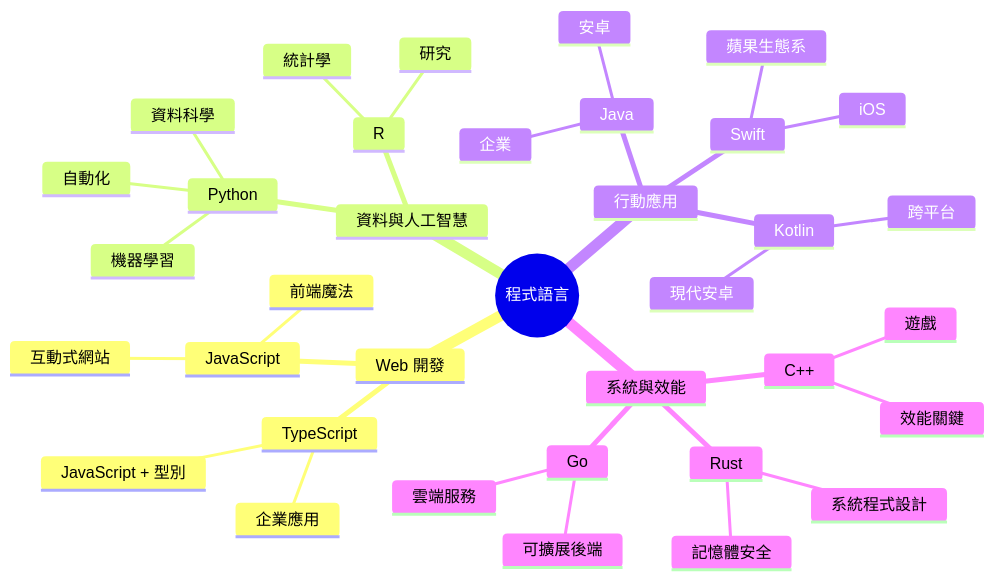
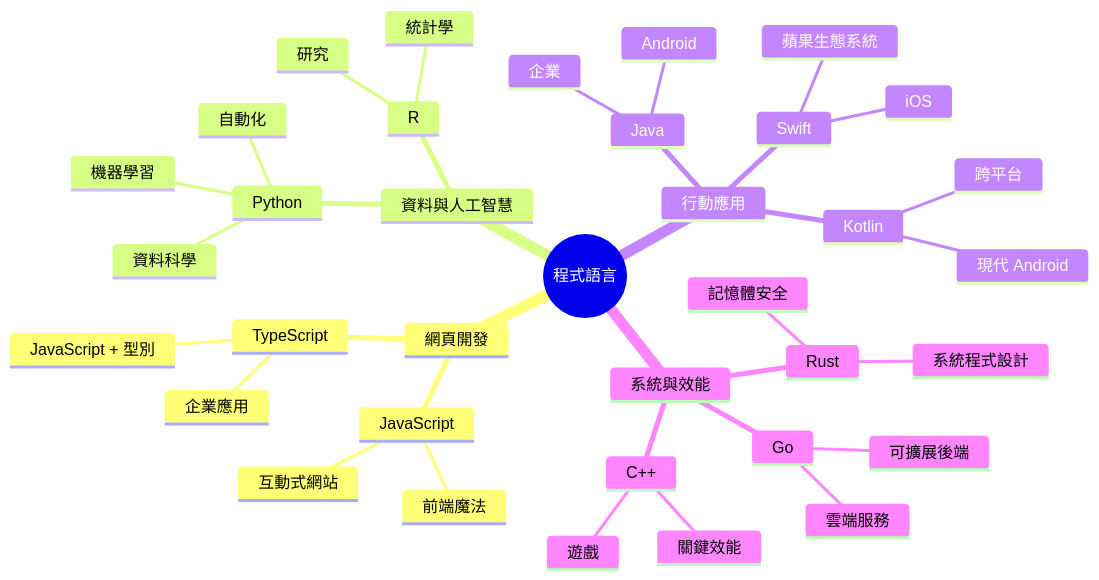
Before and after one commit to microsoft/Web-Dev-For-Beginners: the second of 7 diagrams in translations/zh-TW/1-getting-started-lessons/1-intro-to-programming-languages/README.md, drawn with Mermaid. The commit also changed other lines of this file and 8 other files, not shown here.

````diff
--- a/translations/zh-TW/1-getting-started-lessons/1-intro-to-programming-languages/README.md
+++ b/translations/zh-TW/1-getting-started-lessons/1-intro-to-programming-languages/README.md
@@ -84,39 +86,39 @@
 ```mermaid
 mindmap
   root((程式語言))
-    Web 開發
+    網頁開發
       JavaScript
         前端魔法
         互動式網站
       TypeScript
         JavaScript + 型別
         企業應用
     資料與人工智慧
       Python
         資料科學
         機器學習
         自動化
       R
         統計學
         研究
     行動應用
       Java
-        安卓
+        Android
         企業
       Swift
         iOS
-        蘋果生態系
+        蘋果生態系統
       Kotlin
-        現代安卓
+        現代 Android
         跨平台
     系統與效能
       C++
         遊戲
-        效能關鍵
+        關鍵效能
       Rust
         記憶體安全
         系統程式設計
       Go
         雲端服務
         可擴展後端
 ```
````
